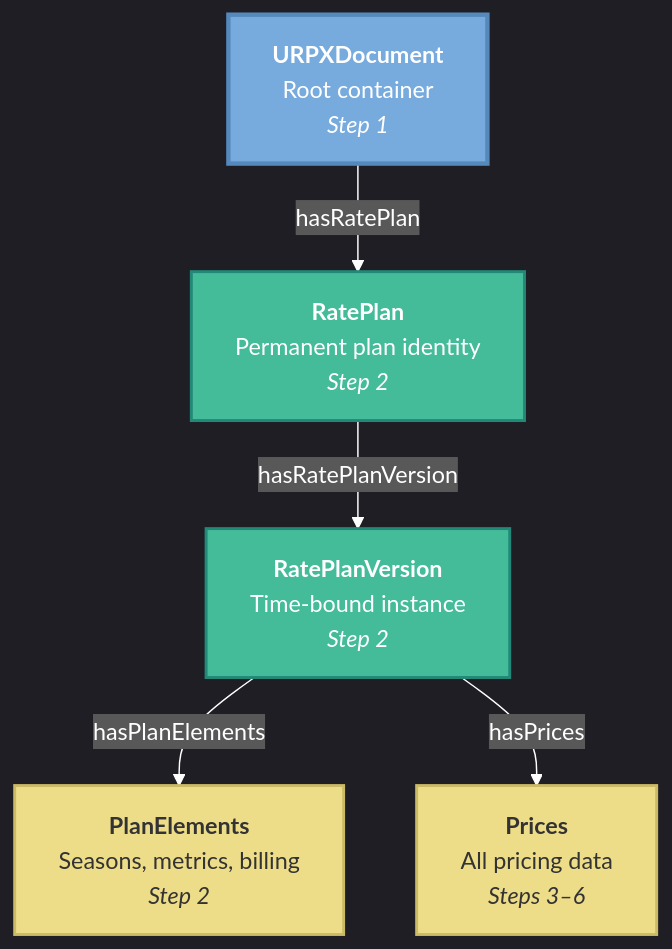
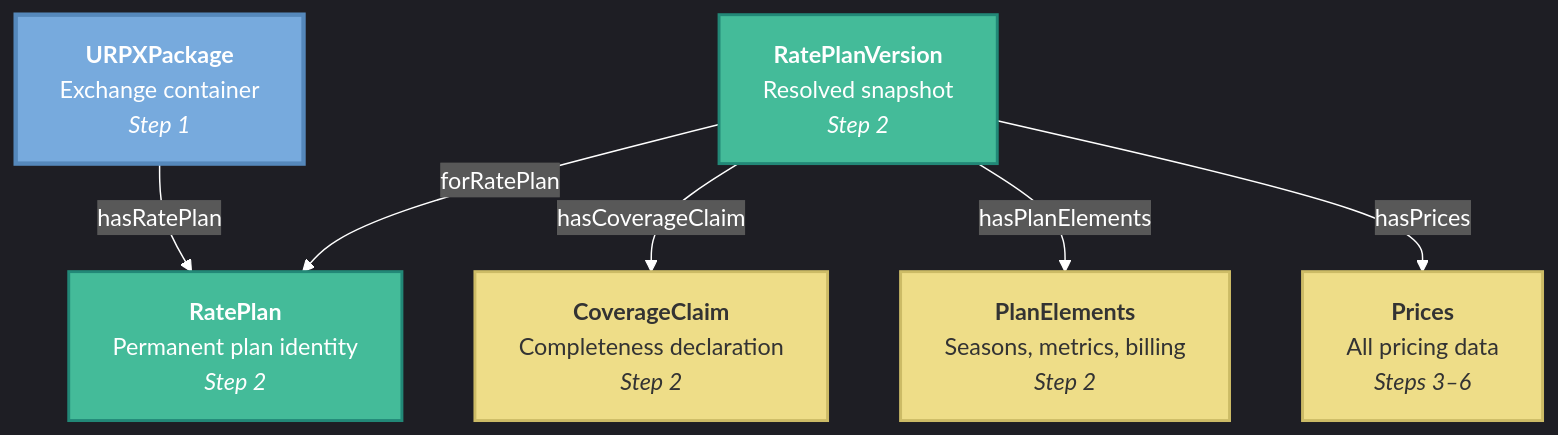
One commit to urpx-org/urpx changed the first of 5 diagrams in documentation/pages/urpx-tutorial.md. Above: the diagram before and after it, drawn with Mermaid. The commit also changed other lines of this file and 18 other files, not shown here.

````diff
--- a/documentation/pages/urpx-tutorial.md
+++ b/documentation/pages/urpx-tutorial.md
@@ -108,23 +110,25 @@
 ```mermaid
 %%{init: {'theme':'dark', 'themeVariables': { 'darkMode':'true', 'background':'#000000', 'primaryColor':'#77AADD', 'primaryTextColor':'#ffffff', 'primaryBorderColor':'#5588BB', 'lineColor':'#ffffff', 'secondaryColor':'#44BB99', 'tertiaryColor':'#EE8866', 'textColor':'#ffffff', 'nodeTextColor':'#ffffff'}}}%%
 
 graph TB
-    Doc["<b>URPXDocument</b><br/>Root container<br/><i>Step 1</i>"]
+    Doc["<b>URPXPackage</b><br/>Exchange container<br/><i>Step 1</i>"]
     RP["<b>RatePlan</b><br/>Permanent plan identity<br/><i>Step 2</i>"]
-    RPV["<b>RatePlanVersion</b><br/>Time-bound instance<br/><i>Step 2</i>"]
+    RPV["<b>RatePlanVersion</b><br/>Resolved snapshot<br/><i>Step 2</i>"]
+    CC["<b>CoverageClaim</b><br/>Completeness declaration<br/><i>Step 2</i>"]
     PE["<b>PlanElements</b><br/>Seasons, metrics, billing<br/><i>Step 2</i>"]
     Prices["<b>Prices</b><br/>All pricing data<br/><i>Steps 3–6</i>"]
 
     Doc -->|"hasRatePlan"| RP
-    RP -->|"hasRatePlanVersion"| RPV
+    RPV -->|"forRatePlan"| RP
+    RPV -->|"hasCoverageClaim"| CC
     RPV -->|"hasPlanElements"| PE
     RPV -->|"hasPrices"| Prices
 
     classDef docClass fill:#77AADD,stroke:#5588BB,stroke-width:3px,color:#fff
     classDef planClass fill:#44BB99,stroke:#228877,stroke-width:2px,color:#fff
     classDef priceClass fill:#EEDD88,stroke:#CCBB66,stroke-width:2px,color:#333
 
     class Doc docClass
     class RP,RPV planClass
-    class PE,Prices priceClass
+    class CC,PE,Prices priceClass
 ```
````
